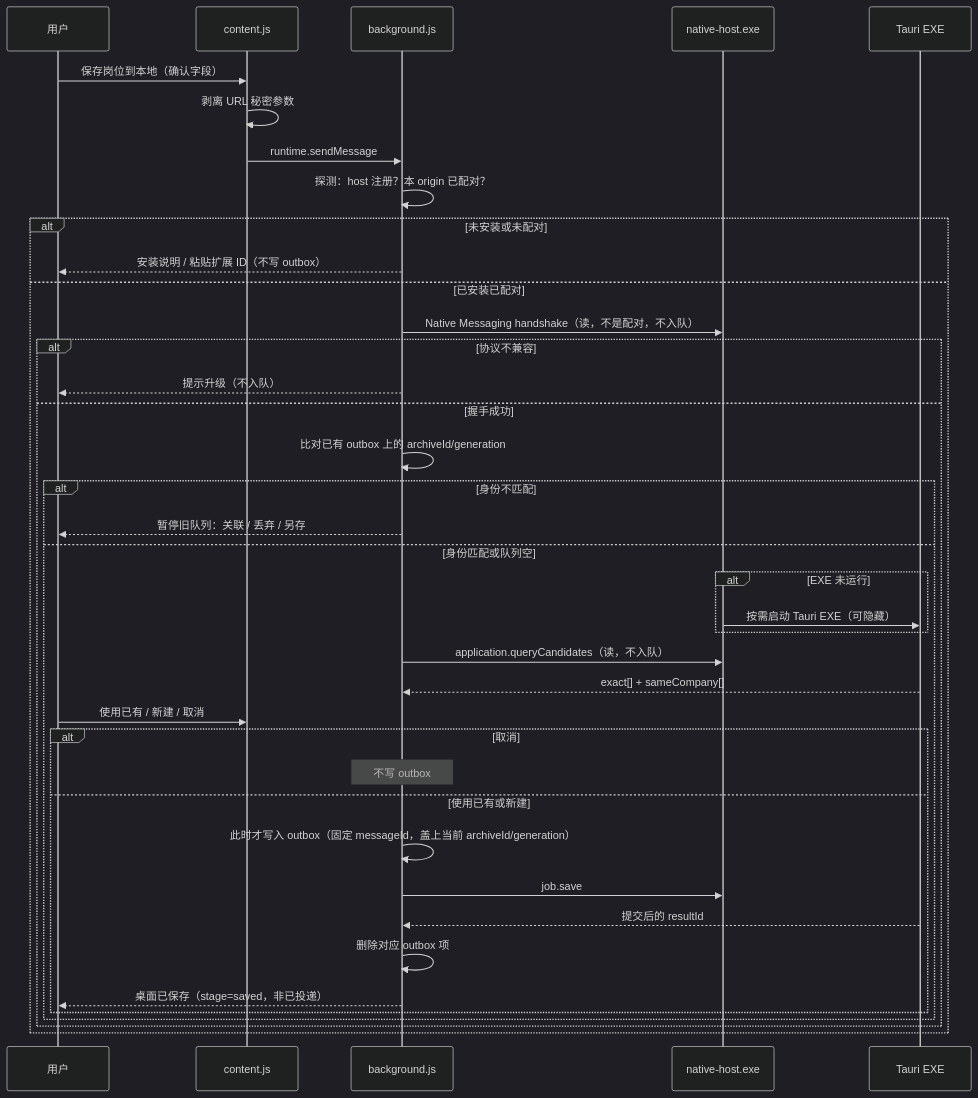
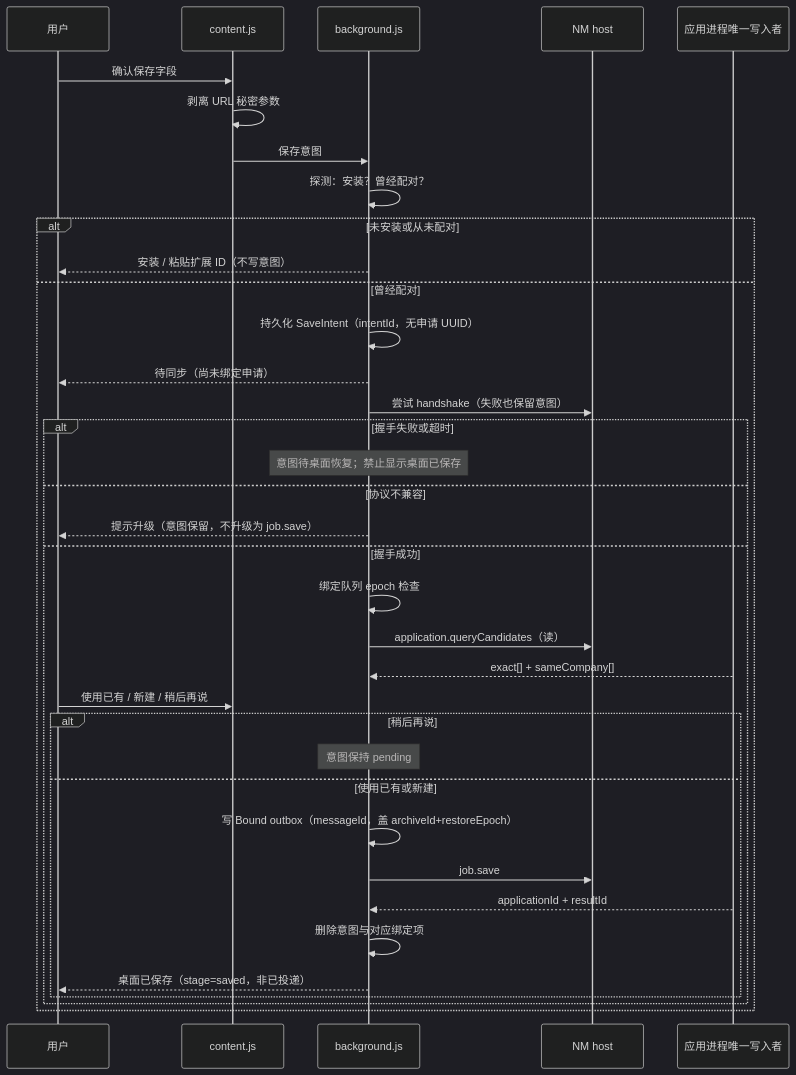
The first of 3 diagrams in docs/desktop-mvp/product-requirements.md (TshyGO/resume-form-assistant-plugin), drawn with Mermaid (dark theme) before and after one commit. The commit also changed other lines of this file and 4 other files, not shown here.

````diff
--- a/docs/desktop-mvp/product-requirements.md
+++ b/docs/desktop-mvp/product-requirements.md
@@ -111,41 +155,38 @@
 ```mermaid
 sequenceDiagram
   participant U as 用户
   participant CS as content.js
   participant SW as background.js
-  participant H as native-host.exe
-  participant APP as Tauri EXE
-  U->>CS: 保存岗位到本地（确认字段）
+  participant H as NM host
+  participant APP as 应用进程唯一写入者
+  U->>CS: 确认保存字段
   CS->>CS: 剥离 URL 秘密参数
-  CS->>SW: runtime.sendMessage
-  SW->>SW: 探测：host 注册？本 origin 已配对？
-  alt 未安装或未配对
-    SW-->>U: 安装说明 / 粘贴扩展 ID（不写 outbox）
-  else 已安装已配对
-    SW->>H: Native Messaging handshake（读，不是配对，不入队）
-    alt 协议不兼容
-      SW-->>U: 提示升级（不入队）
+  CS->>SW: 保存意图
+  SW->>SW: 探测：安装？曾经配对？
+  alt 未安装或从未配对
+    SW-->>U: 安装 / 粘贴扩展 ID（不写意图）
+  else 曾经配对
+    SW->>SW: 持久化 SaveIntent（intentId，无申请 UUID）
+    SW-->>U: 待同步（尚未绑定申请）
+    SW->>H: 尝试 handshake（失败也保留意图）
+    alt 握手失败或超时
+      Note over SW: 意图待桌面恢复；禁止显示桌面已保存
+    else 协议不兼容
+      SW-->>U: 提示升级（意图保留，不升级为 job.save）
     else 握手成功
-      SW->>SW: 比对已有 outbox 上的 archiveId/generation
-      alt 身份不匹配
-        SW-->>U: 暂停旧队列：关联 / 丢弃 / 另存
-      else 身份匹配或队列空
-        alt EXE 未运行
-          H->>APP: 按需启动 Tauri EXE（可隐藏）
-        end
-        SW->>H: application.queryCandidates（读，不入队）
-        APP-->>SW: exact[] + sameCompany[]
-        U->>CS: 使用已有 / 新建 / 取消
-        alt 取消
-          Note over SW: 不写 outbox
-        else 使用已有或新建
-          SW->>SW: 此时才写入 outbox（固定 messageId，盖上当前 archiveId/generation）
-          SW->>H: job.save
-          APP-->>SW: 提交后的 resultId
-          SW->>SW: 删除对应 outbox 项
-          SW-->>U: 桌面已保存（stage=saved，非已投递）
-        end
+      SW->>SW: 绑定队列 epoch 检查
+      SW->>H: application.queryCandidates（读）
+      APP-->>SW: exact[] + sameCompany[]
+      U->>CS: 使用已有 / 新建 / 稍后再说
+      alt 稍后再说
+        Note over SW: 意图保持 pending
+      else 使用已有或新建
+        SW->>SW: 写 Bound outbox（messageId，盖 archiveId+restoreEpoch）
+        SW->>H: job.save
+        APP-->>SW: applicationId + resultId
+        SW->>SW: 删除意图与对应绑定项
+        SW-->>U: 桌面已保存（stage=saved，非已投递）
       end
     end
   end
 ```
````
